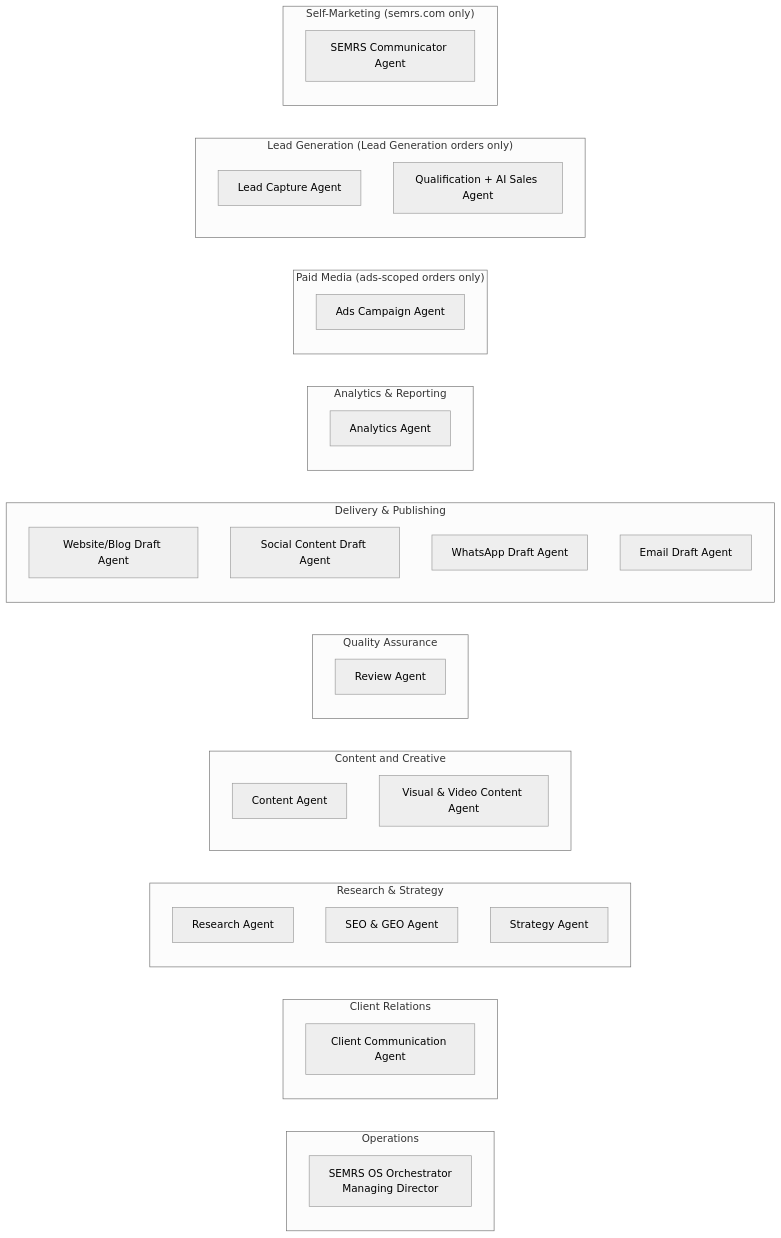
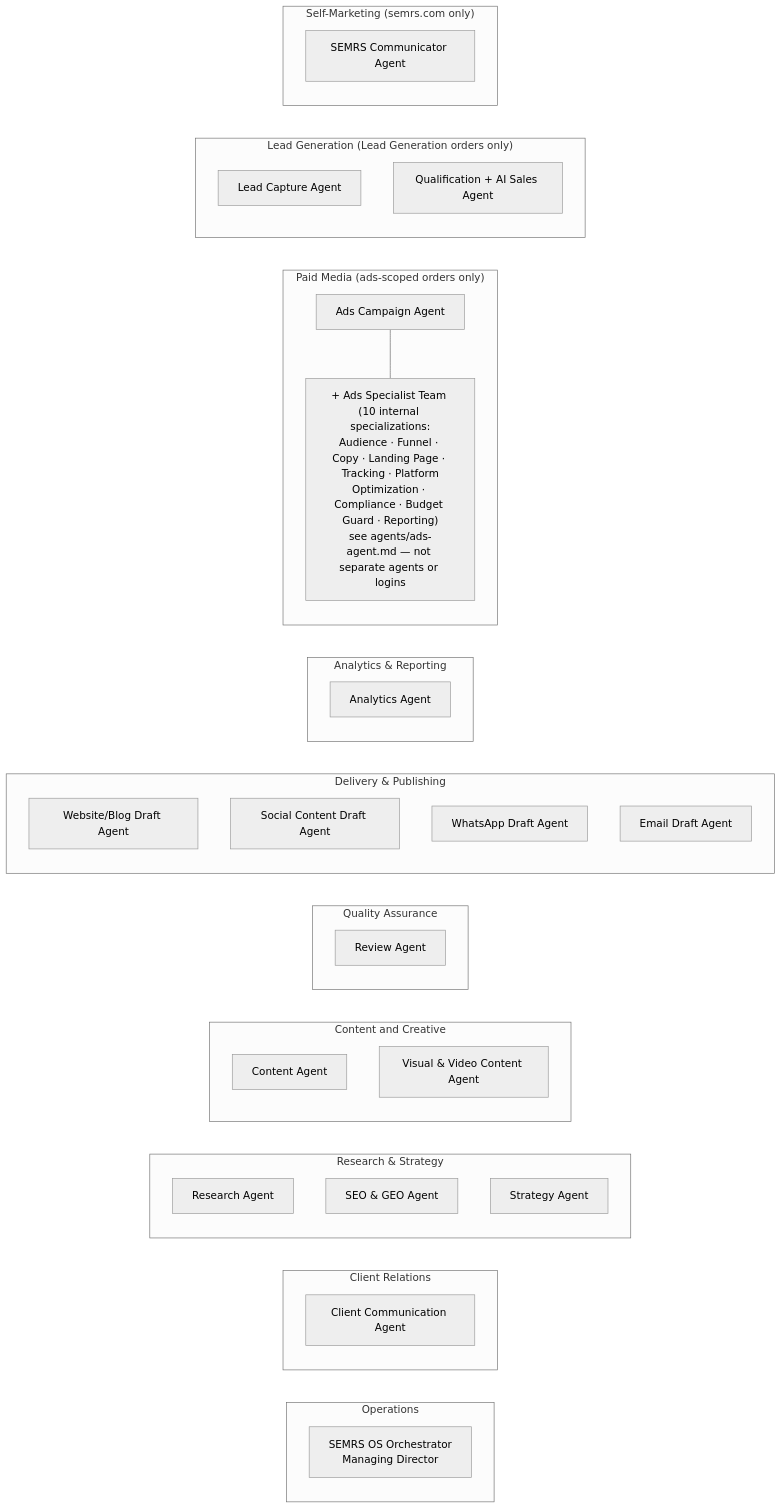
One commit to guestblogob-boop/SEMRS-MAM-System changed the second of 3 diagrams in CLAUDE.md. Above: the diagram before and after it, drawn with Mermaid (neutral theme). The commit also changed 1 other file, not shown here.

Commit message:
Show the Ads Specialist Team in the org chart and departmental chart
The 10 Ads specialist JDs existed as real files but appeared in neither
diagram — docs/org-chart.md still showed Paid Media as a single Ads
Campaign Agent, and CLAUDE.md's departmental chart never mentioned the
specialist team at all.

Deliberately NOT counted in the 17-agent total. Each of the 10 files
states in its own header that it is "not a new top-level SEMRS OS
agent, login, or roster entry" — they are internal specializations OF
the Ads Campaign Agent. Counting them as separate agents would
overstate this organization's real size, so they are shown nested
inside Paid Media instead, with the distinction spelled out.

Also documents where each surface reads this structure from, since a
drift between them is what prompted this: the dashboard's Virtual
Office and Agents Organization views read agents/*.md live, so a new JD
file appears immediately — but its department must be declared in that
repo's DEPARTMENT_BY_FILE map or it renders as "(unmapped)". That
happened with these 10; a test in the dashboard repo now catches it.

````diff
--- a/CLAUDE.md
+++ b/CLAUDE.md
@@ -1377,44 +1377,47 @@
 ```mermaid
 flowchart LR
     subgraph OPS["Operations"]
         ORCH2["SEMRS OS Orchestrator<br/>Managing Director"]
     end
     subgraph CR["Client Relations"]
         CC2["Client Communication Agent"]
     end
     subgraph RS["Research & Strategy"]
         direction TB
         RES2["Research Agent"]
         SEOG2["SEO & GEO Agent"]
         STRAT2["Strategy Agent"]
     end
     subgraph CRE["Content and Creative"]
         direction TB
         CONT2["Content Agent"]
         VIS2["Visual & Video Content Agent"]
     end
     subgraph QA["Quality Assurance"]
         REV2["Review Agent"]
     end
     subgraph DP["Delivery & Publishing"]
         direction TB
         WEB2["Website/Blog Draft Agent"]
         SOC2["Social Content Draft Agent"]
         WA2["WhatsApp Draft Agent"]
         EM2["Email Draft Agent"]
     end
     subgraph AR["Analytics & Reporting"]
         AN2["Analytics Agent"]
     end
     subgraph PM["Paid Media (ads-scoped orders only)"]
+        direction TB
         ADS2["Ads Campaign Agent"]
+        SPEC2["+ Ads Specialist Team (10 internal specializations:<br/>Audience · Funnel · Copy · Landing Page · Tracking · Platform<br/>Optimization · Compliance · Budget Guard · Reporting)<br/>see agents/ads-agent.md — not separate agents or logins"]
+        ADS2 --- SPEC2
     end
     subgraph LG["Lead Generation (Lead Generation orders only)"]
         direction TB
         LC2["Lead Capture Agent"]
         QS2["Qualification + AI Sales Agent"]
     end
     subgraph SM["Self-Marketing (semrs.com only)"]
         SC2["SEMRS Communicator Agent"]
     end
 ```
````
